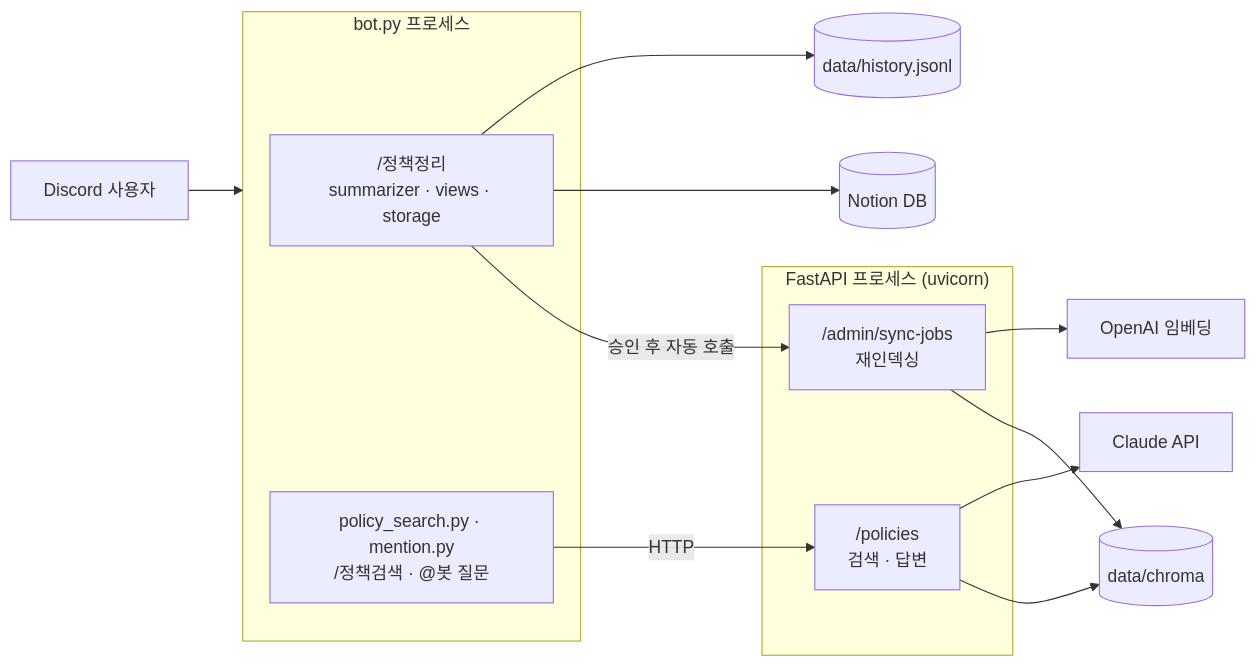
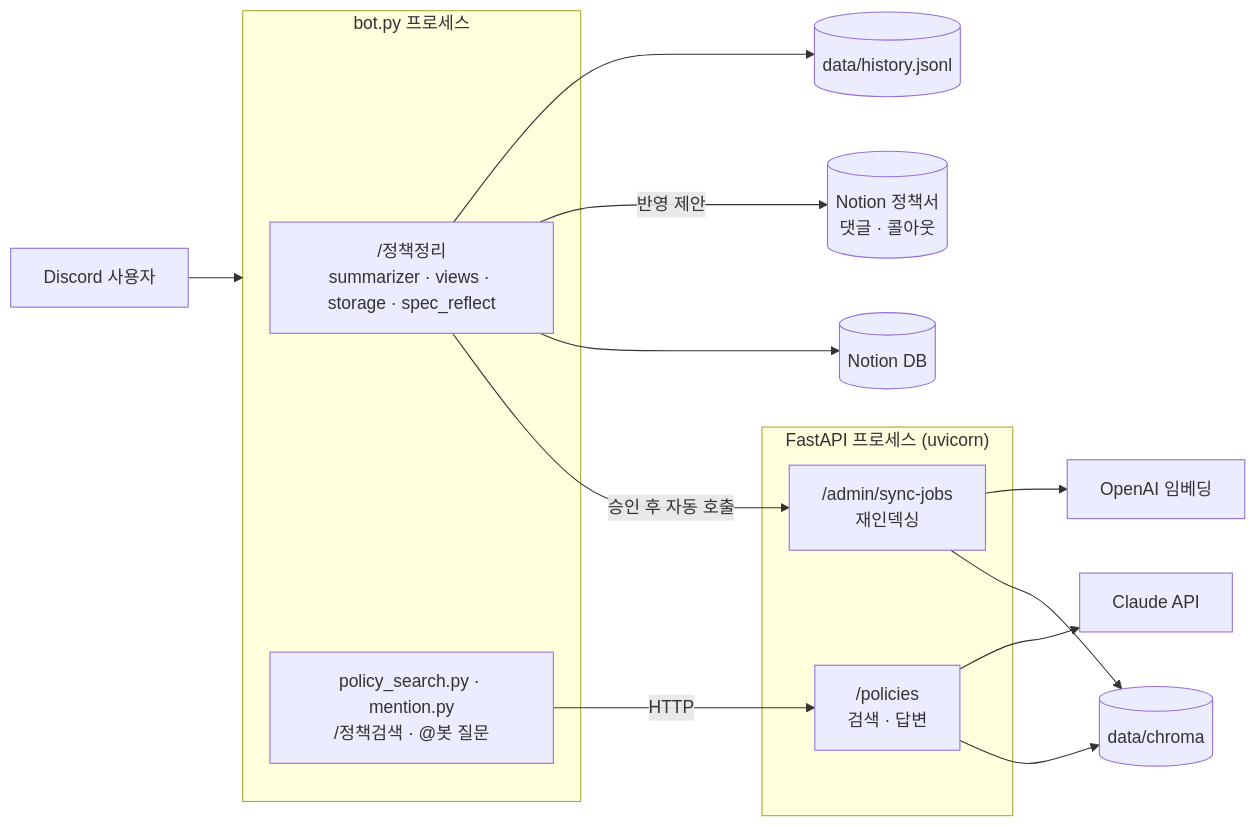
The diagram in README.md (seoyoon513/moree-policy-bot), drawn with Mermaid before and after one commit. The commit also changed other lines of this file and 5 other files, not shown here.

````diff
--- a/README.md
+++ b/README.md
@@ -13,23 +17,24 @@
 ```mermaid
 flowchart LR
     U[Discord 사용자] --> B
 
     subgraph B[bot.py 프로세스]
-        S["/정책정리<br/>summarizer · views · storage"]
+        S["/정책정리<br/>summarizer · views · storage · spec_reflect"]
         P["policy_search.py · mention.py<br/>/정책검색 · @봇 질문"]
     end
 
     subgraph A["FastAPI 프로세스 (uvicorn)"]
         J["/admin/sync-jobs<br/>재인덱싱"]
         Q["/policies<br/>검색 · 답변"]
     end
 
     S -- 승인 후 자동 호출 --> J
     P -- HTTP --> Q
     S --> N[(Notion DB)]
+    S -- 반영 제안 --> SP[(Notion 정책서<br/>댓글 · 콜아웃)]
     S --> H[(data/history.jsonl)]
     J --> C[(data/chroma)]
     Q --> C
     Q --> CL[Claude API]
     J --> OA[OpenAI 임베딩]
 ```
````
